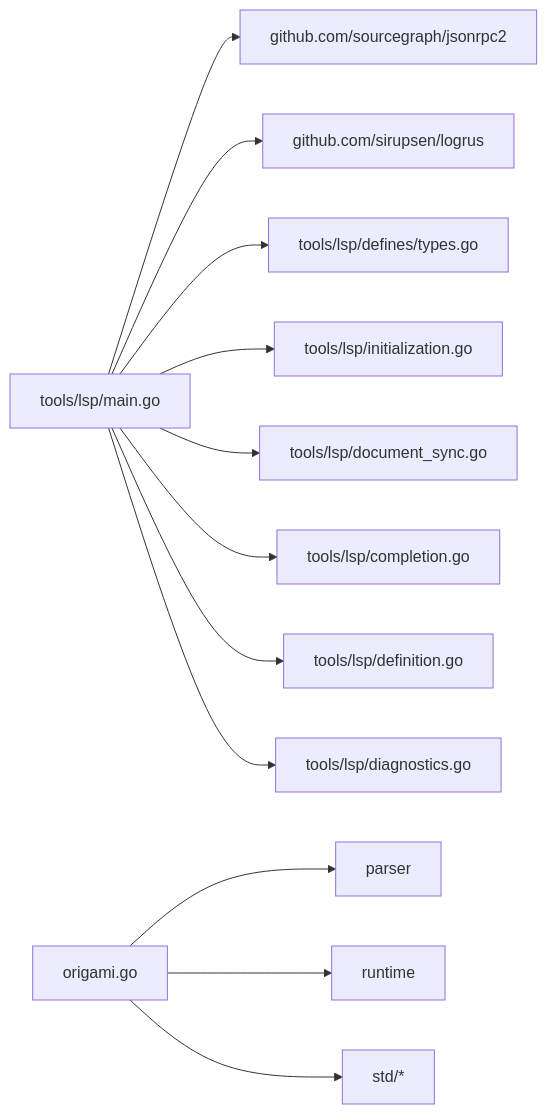
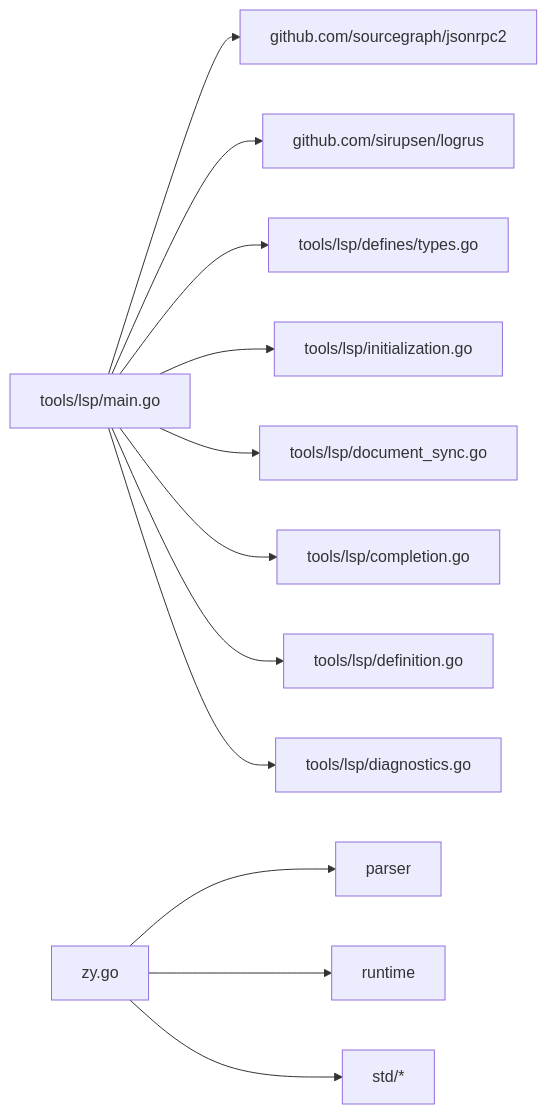
Before and after one commit to php-any/origami: the seventh of 7 diagrams in .qoder/repowiki/zh/content/开发工具/开发工具.md, drawn with Mermaid. The commit also changed other lines of this file and 21 other files, not shown here.

````diff
--- a/.qoder/repowiki/zh/content/开发工具/开发工具.md
+++ b/.qoder/repowiki/zh/content/开发工具/开发工具.md
@@ -292,14 +292,14 @@
 ```mermaid
 graph LR
 M["tools/lsp/main.go"] --> R["github.com/sourcegraph/jsonrpc2"]
 M --> L["github.com/sirupsen/logrus"]
 M --> D["tools/lsp/defines/types.go"]
 M --> P["tools/lsp/initialization.go"]
 M --> S["tools/lsp/document_sync.go"]
 M --> C["tools/lsp/completion.go"]
 M --> F["tools/lsp/definition.go"]
 M --> G["tools/lsp/diagnostics.go"]
-O["origami.go"] --> PR["parser"]
+O["zy.go"] --> PR["parser"]
 O --> RT["runtime"]
 O --> ST["std/*"]
 ```
````
